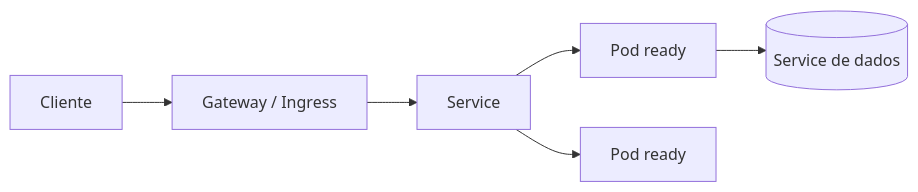
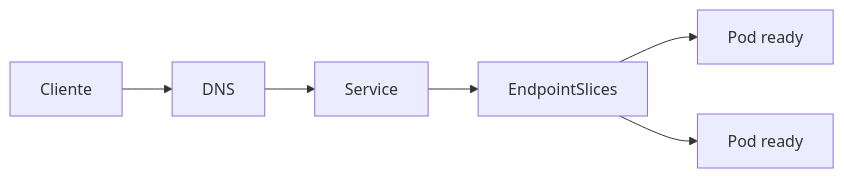
The second of 3 diagrams in kubernetes/workloads-and-networking.md (blasther12/alexandria), drawn with Mermaid before and after one commit. The commit also changed other lines of this file, not shown here.

````diff
--- a/kubernetes/workloads-and-networking.md
+++ b/kubernetes/workloads-and-networking.md
@@ -18,8 +184,8 @@
 ```mermaid
 flowchart LR
-    E[Cliente] --> G[Gateway / Ingress]
-    G --> S[Service]
-    S --> P1[Pod ready]
-    S --> P2[Pod ready]
-    P1 --> DB[(Service de dados)]
+    C[Cliente] --> DNS[DNS]
+    DNS --> S[Service]
+    S --> E[EndpointSlices]
+    E --> P1[Pod ready]
+    E --> P2[Pod ready]
 ```
````
